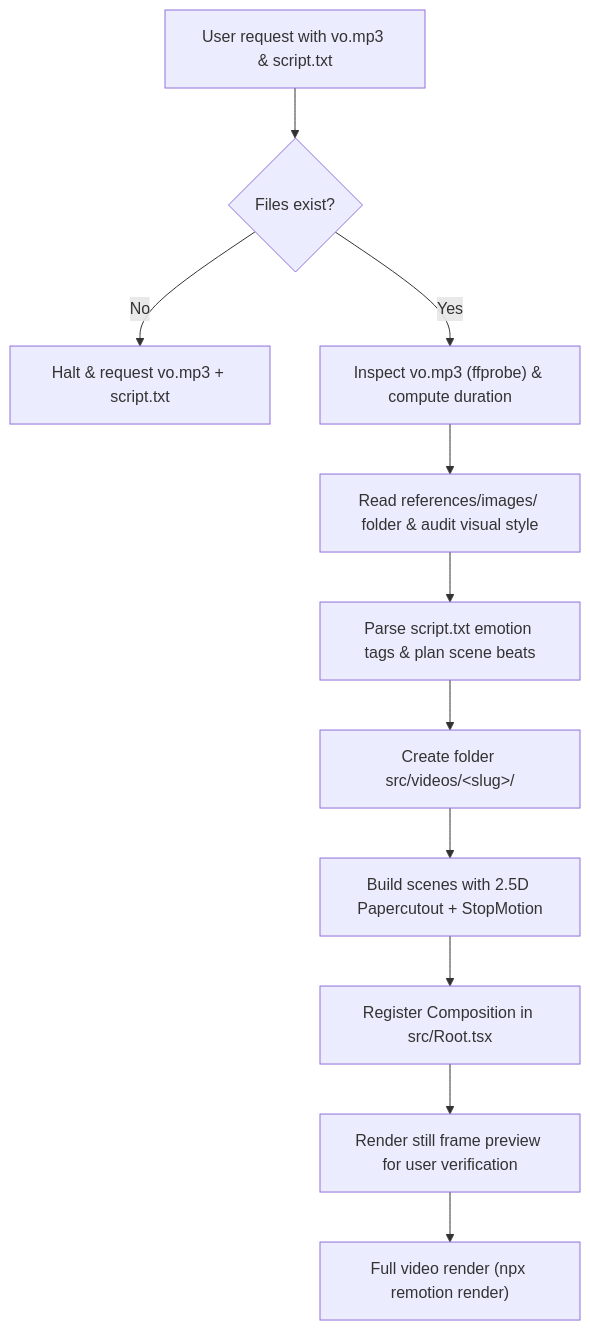
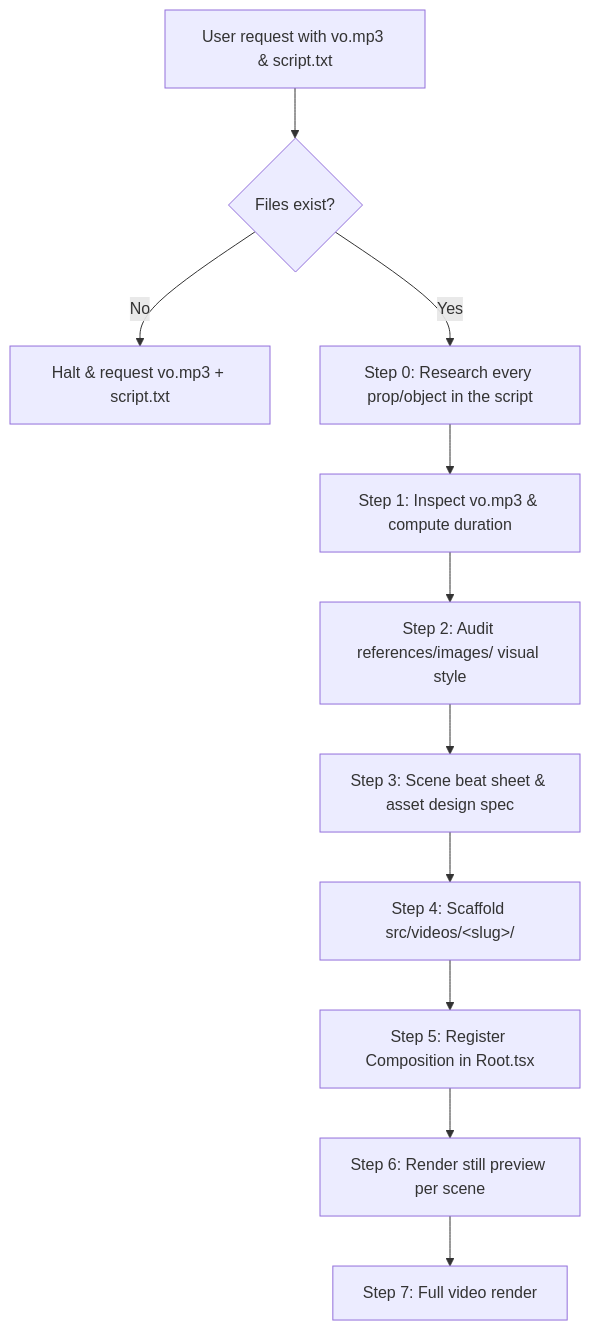
One commit to aguspranyoto/gud-animated-shorts changed the diagram in SKILL.md. Above: the diagram before and after it, drawn with Mermaid. The commit also changed other lines of this file, not shown here.

Commit message:
docs: add mandatory prop research and caption styling rules to SKILL.md

````diff
--- a/SKILL.md
+++ b/SKILL.md
@@ -403,13 +403,13 @@
 ```mermaid
 flowchart TD
     A["User request with vo.mp3 & script.txt"] --> B{"Files exist?"}
     B -- No --> C["Halt & request vo.mp3 + script.txt"]
-    B -- Yes --> D["Inspect vo.mp3 (ffprobe) & compute duration"]
-    D --> E["Read references/images/ folder & audit visual style"]
-    E --> F["Parse script.txt emotion tags & plan scene beats"]
-    F --> G["Create folder src/videos/&lt;slug&gt;/"]
-    G --> H["Build scenes with 2.5D Papercutout + StopMotion"]
-    H --> I["Register Composition in src/Root.tsx"]
-    I --> J["Render still frame preview for user verification"]
-    J --> K["Full video render (npx remotion render)"]
+    B -- Yes --> D["Step 0: Research every prop/object in the script"]
+    D --> E["Step 1: Inspect vo.mp3 & compute duration"]
+    E --> F["Step 2: Audit references/images/ visual style"]
+    F --> G["Step 3: Scene beat sheet & asset design spec"]
+    G --> H["Step 4: Scaffold src/videos/&lt;slug&gt;/"]
+    H --> I["Step 5: Register Composition in Root.tsx"]
+    I --> J["Step 6: Render still preview per scene"]
+    J --> K["Step 7: Full video render"]
 ```
````
